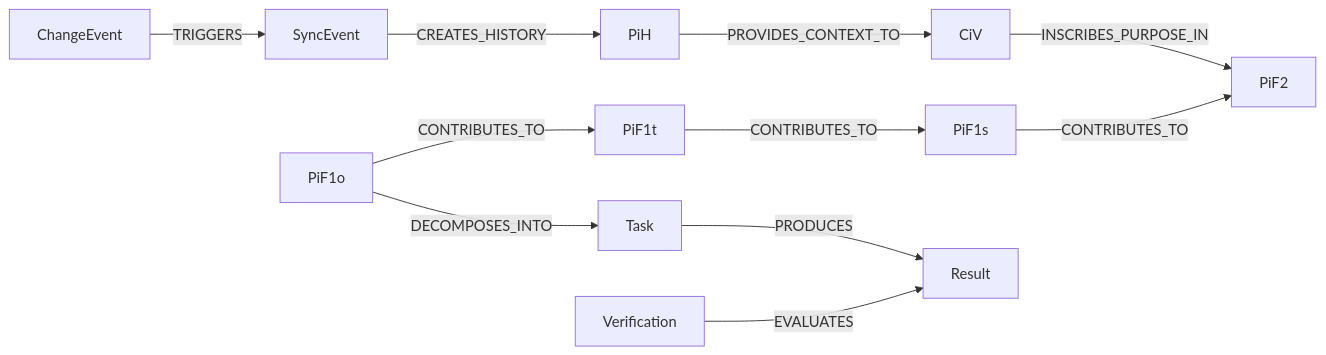
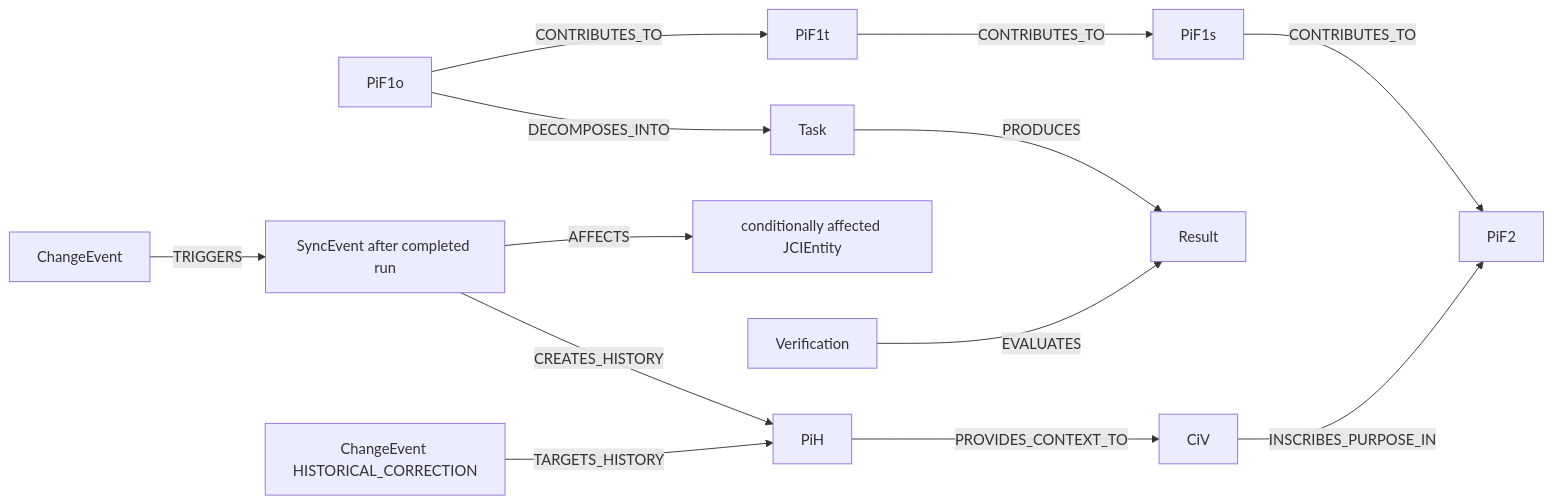
Before and after one commit to eeimicke/junaco-jci-loop: the diagram in docs/diagrams/sources/jci-loop.mmd, drawn with Mermaid. The commit also changed 29 other files, not shown here.

```diff
--- a/docs/diagrams/sources/jci-loop.mmd
+++ b/docs/diagrams/sources/jci-loop.mmd
@@ -1,11 +1,13 @@
 flowchart LR
     PiH -->|PROVIDES_CONTEXT_TO| CiV
     CiV -->|INSCRIBES_PURPOSE_IN| PiF2
     PiF1s -->|CONTRIBUTES_TO| PiF2
     PiF1t -->|CONTRIBUTES_TO| PiF1s
     PiF1o -->|CONTRIBUTES_TO| PiF1t
     PiF1o -->|DECOMPOSES_INTO| Task
     Task -->|PRODUCES| Result
     Verification -->|EVALUATES| Result
-    ChangeEvent -->|TRIGGERS| SyncEvent
+    ChangeEvent -->|TRIGGERS| SyncEvent[SyncEvent after completed run]
+    SyncEvent -->|AFFECTS| JCIEntity[conditionally affected JCIEntity]
     SyncEvent -->|CREATES_HISTORY| PiH
+    CorrectionEvent[ChangeEvent HISTORICAL_CORRECTION] -->|TARGETS_HISTORY| PiH
```
